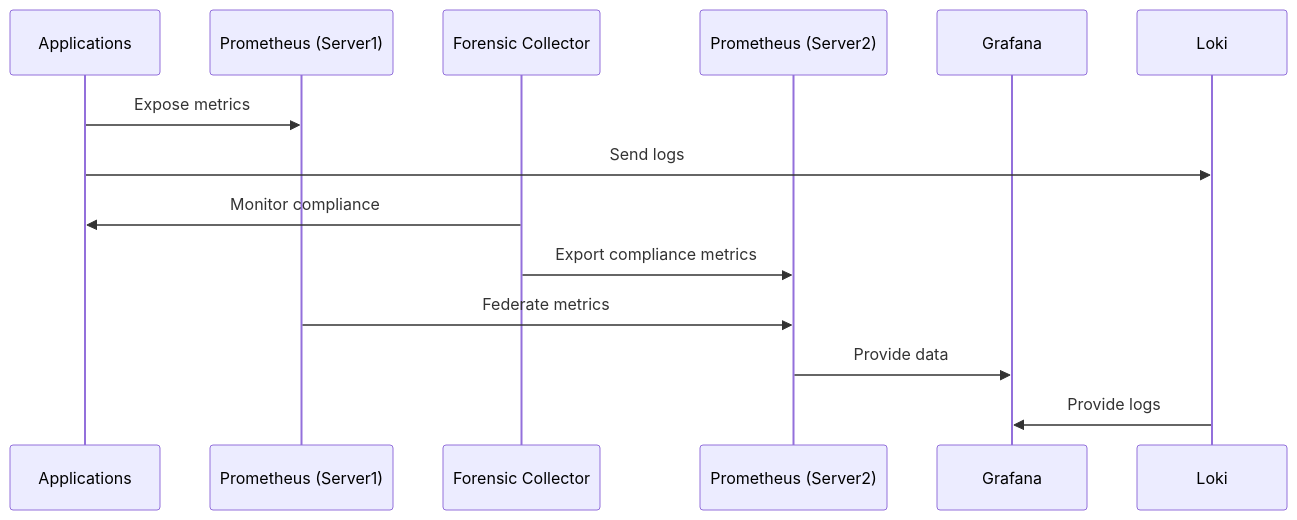
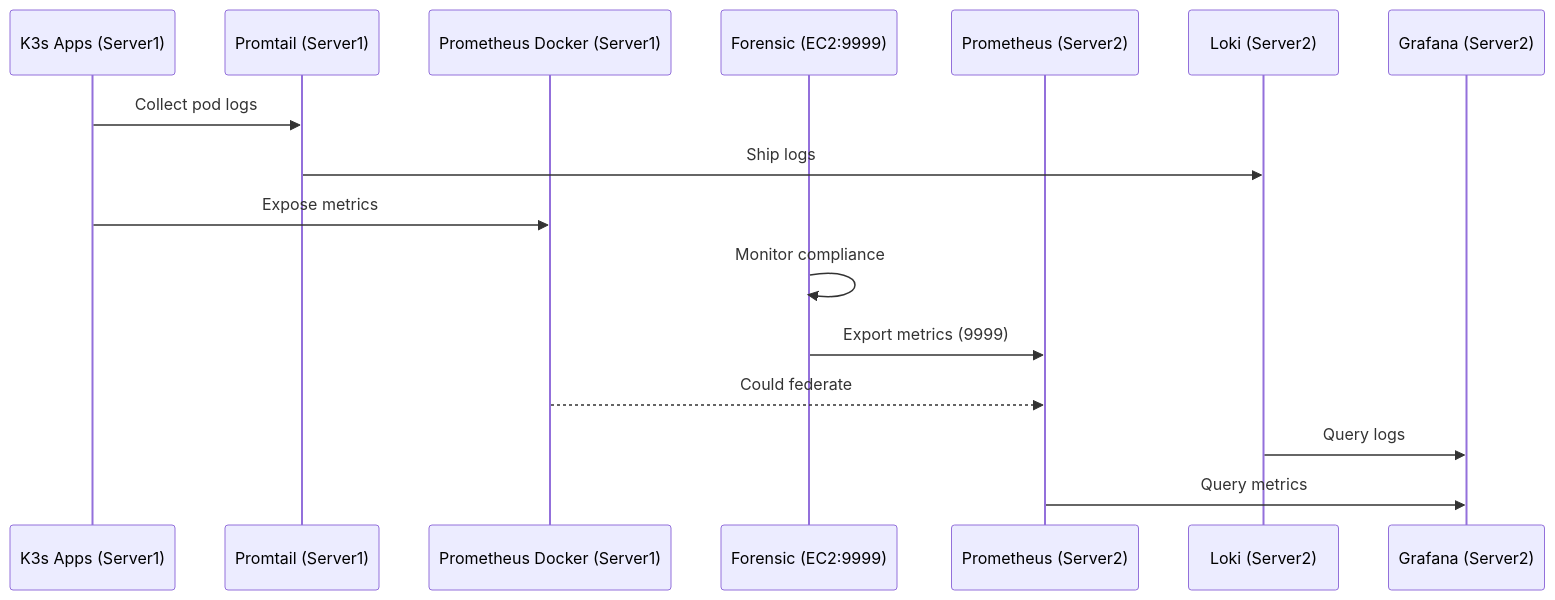
The third of 3 diagrams in README.md (GABRIELS562/Architecture-), drawn with Mermaid before and after one commit. The commit also changed other lines of this file, not shown here.

````diff
--- a/README.md
+++ b/README.md
@@ -186,16 +160,19 @@
 ```mermaid
 sequenceDiagram
-    participant App as Applications
-    participant Prom1 as Prometheus (Server1)
-    participant Forensic as Forensic Collector
+    participant K3s as K3s Apps (Server1)
+    participant Promtail as Promtail (Server1)
+    participant PromD as Prometheus Docker (Server1)
+    participant Forensic as Forensic (EC2:9999)
     participant Prom2 as Prometheus (Server2)
-    participant Grafana as Grafana
+    participant Loki as Loki (Server2)
+    participant Grafana as Grafana (Server2)
     
-    App->>Prom1: Expose metrics
-    App->>Loki: Send logs
-    Forensic->>App: Monitor compliance
-    Forensic->>Prom2: Export compliance metrics
-    Prom1->>Prom2: Federate metrics
-    Prom2->>Grafana: Provide data
-    Loki->>Grafana: Provide logs
+    K3s->>Promtail: Collect pod logs
+    Promtail->>Loki: Ship logs
+    K3s->>PromD: Expose metrics
+    Forensic->>Forensic: Monitor compliance
+    Forensic->>Prom2: Export metrics (9999)
+    PromD-->>Prom2: Could federate
+    Loki->>Grafana: Query logs
+    Prom2->>Grafana: Query metrics
 ```
````
